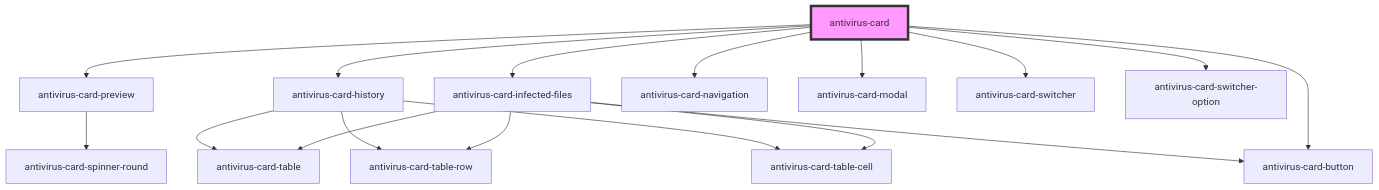
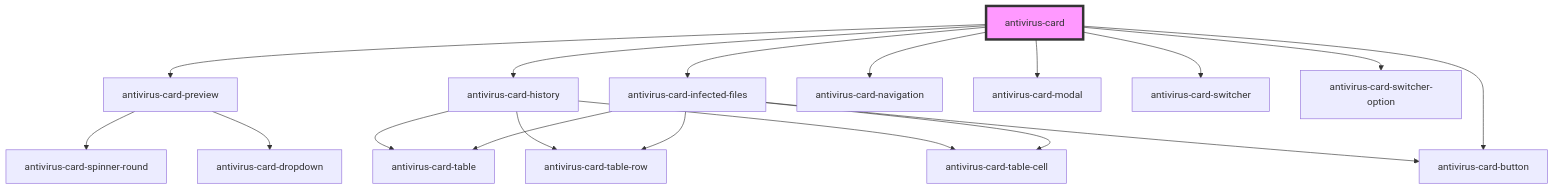
The diagram in client/packages/antivirus-card/src/components/readme.md (ispsystem/plugin-imunify), drawn with Mermaid before and after one commit. The commit also changed 11 other files, not shown here.

````diff
--- a/client/packages/antivirus-card/src/components/readme.md
+++ b/client/packages/antivirus-card/src/components/readme.md
@@ -30,20 +30,21 @@
 ```mermaid
 graph TD;
   antivirus-card --> antivirus-card-preview
   antivirus-card --> antivirus-card-infected-files
   antivirus-card --> antivirus-card-history
   antivirus-card --> antivirus-card-navigation
   antivirus-card --> antivirus-card-modal
   antivirus-card --> antivirus-card-switcher
   antivirus-card --> antivirus-card-switcher-option
   antivirus-card --> antivirus-card-button
   antivirus-card-preview --> antivirus-card-spinner-round
+  antivirus-card-preview --> antivirus-card-dropdown
   antivirus-card-infected-files --> antivirus-card-table
   antivirus-card-infected-files --> antivirus-card-table-row
   antivirus-card-infected-files --> antivirus-card-table-cell
   antivirus-card-infected-files --> antivirus-card-button
   antivirus-card-history --> antivirus-card-table
   antivirus-card-history --> antivirus-card-table-row
   antivirus-card-history --> antivirus-card-table-cell
   style antivirus-card fill:#f9f,stroke:#333,stroke-width:4px
 ```
````
